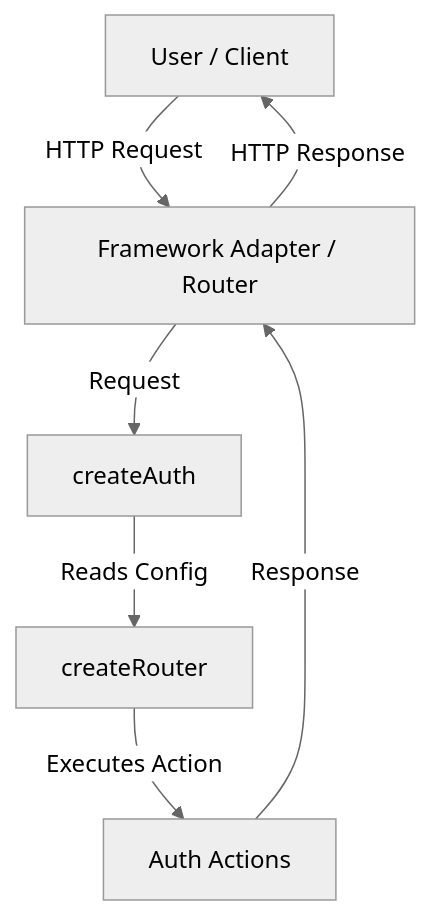
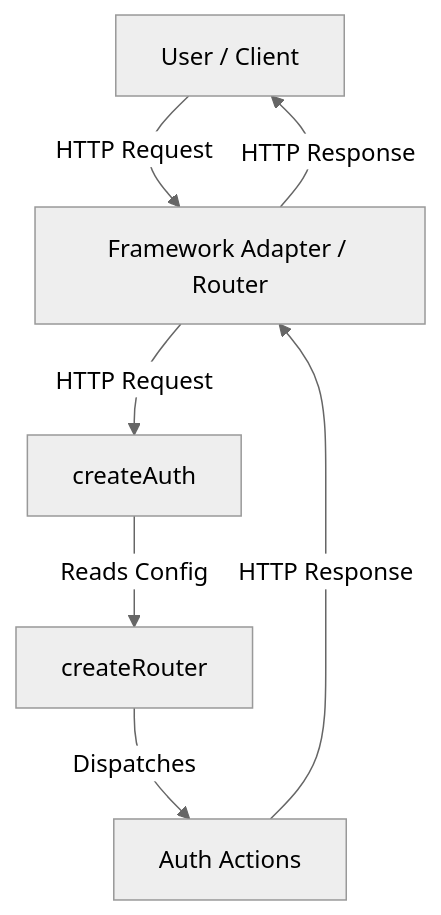
One commit to aura-stack-ts/auth changed the first of 2 diagrams in docs/src/content/docs/concepts/architecture.mdx. Above: the diagram before and after it, drawn with Mermaid (neutral theme). The commit also changed other lines of this file, not shown here.

Commit message:
docs(concepts): refine architecture sections

````diff
--- a/docs/src/content/docs/concepts/architecture.mdx
+++ b/docs/src/content/docs/concepts/architecture.mdx
@@ -12,9 +23,9 @@
 ```mermaid
 graph TD
     User[User / Client] -->|HTTP Request| Adapter[Framework Adapter / Router]
-    Adapter -->|Request| AuthCore[createAuth]
+    Adapter -->|HTTP Request| AuthCore[createAuth]
     AuthCore -->|Reads Config| Router[createRouter]
-    Router -->|Executes Action| Action[Auth Actions]
-    Action -->|Response| Adapter
+    Router -->|Dispatches| Action[Auth Actions]
+    Action -->|HTTP Response| Adapter
     Adapter -->|HTTP Response| User
 ```
````
